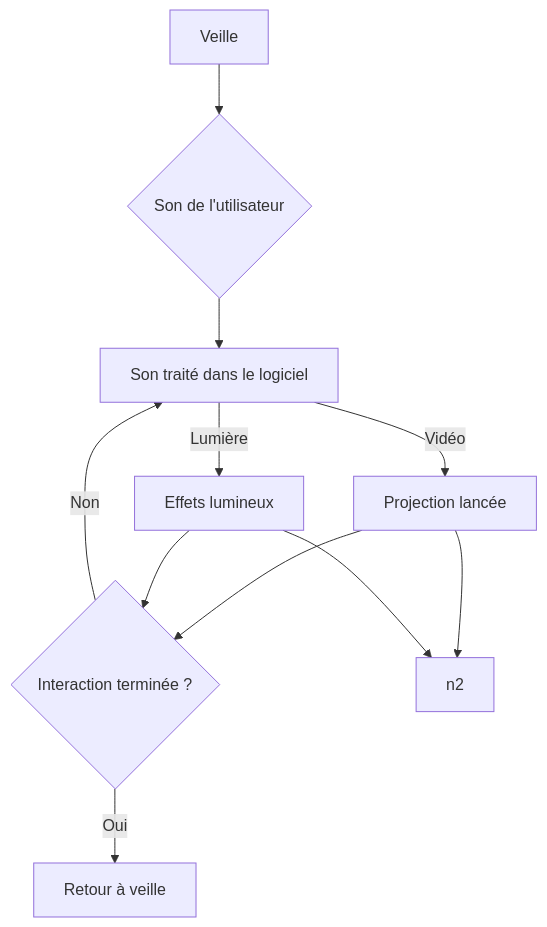
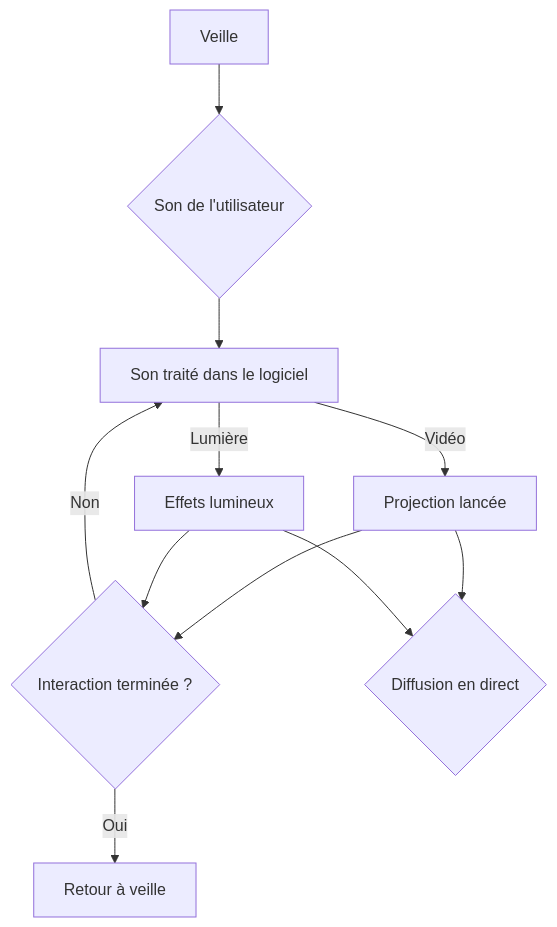
One commit to MatisLabelle/eval_2_planification changed the diagram in README.md. Above: the diagram before and after it, drawn with Mermaid.

`````diff
--- a/README.md
+++ b/README.md
@@ -15,20 +15,20 @@
 ````mermaid
 graph TD;
 
     A[Veille] --> B{Son de l'utilisateur};
     B --> C;
     C[Son traité dans le logiciel];
     C -->|Vidéo| E[Projection lancée];
     C -->|Lumière| F[Effets lumineux];
 
     E --> H{Interaction terminée ?};
     F --> H;
 
 
-     E --> n2;
+     E --> n2{Diffusion en direct};
     F --> n2;
 
 
     H -->|Oui| I[Retour à veille];
     H -->|Non| C;
 ````
`````
